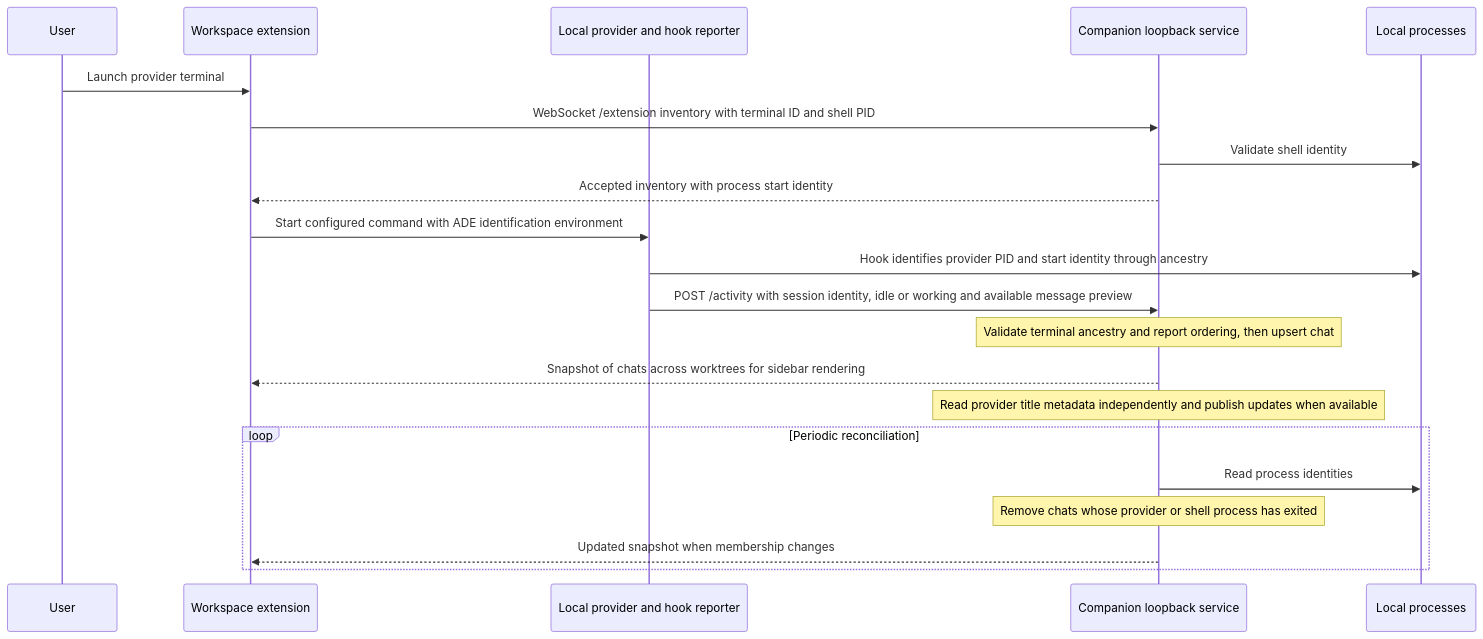
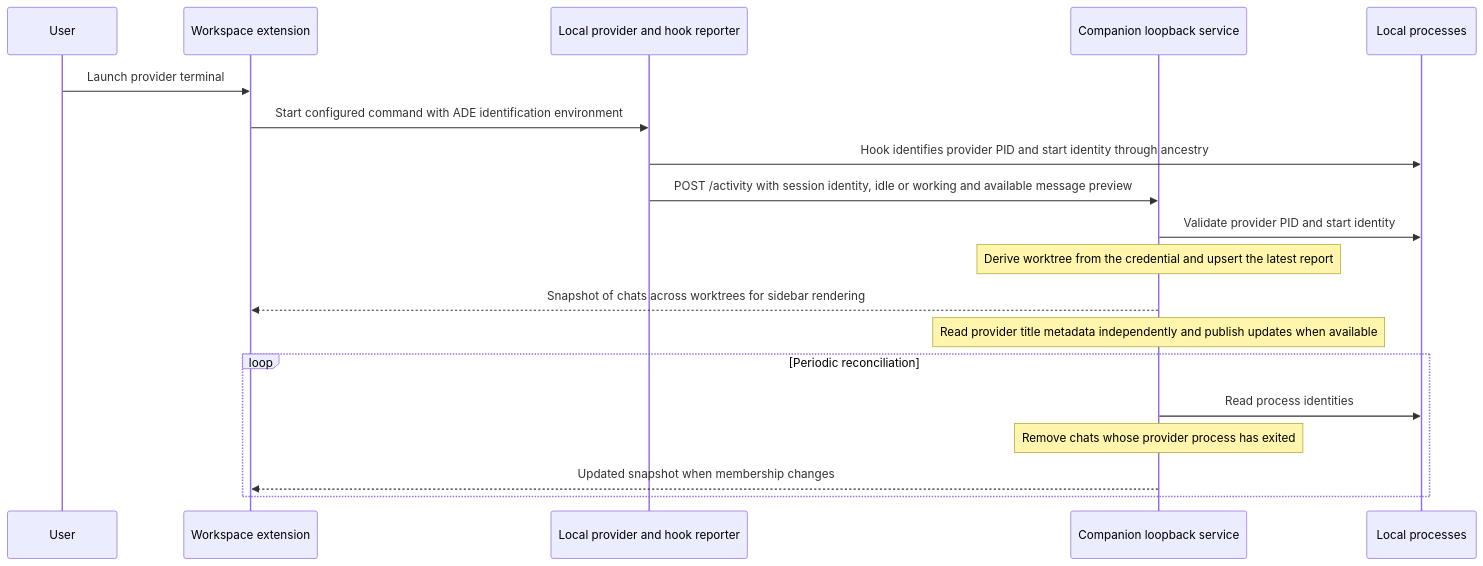
Before and after one commit to takeshibaconsuzuki/ade-overlay: the second of 14 diagrams in AGENTS.md, drawn with Mermaid. The commit also changed other lines of this file and 17 other files, not shown here.

First line of the commit message:
Remove terminal inventory waits from provider launches

````diff
--- a/AGENTS.md
+++ b/AGENTS.md
@@ -102,23 +105,21 @@
 ```mermaid
 sequenceDiagram
     participant User
     participant Extension as Workspace extension
     participant Provider as Local provider and hook reporter
     participant Server as Companion loopback service
     participant OS as Local processes
     User->>Extension: Launch provider terminal
-    Extension->>Server: WebSocket /extension inventory with terminal ID and shell PID
-    Server->>OS: Validate shell identity
-    Server-->>Extension: Accepted inventory with process start identity
     Extension->>Provider: Start configured command with ADE identification environment
     Provider->>OS: Hook identifies provider PID and start identity through ancestry
     Provider->>Server: POST /activity with session identity, idle or working and available message preview
-    Note over Server: Validate terminal ancestry and report ordering, then upsert chat
+    Server->>OS: Validate provider PID and start identity
+    Note over Server: Derive worktree from the credential and upsert the latest report
     Server-->>Extension: Snapshot of chats across worktrees for sidebar rendering
     Note over Server: Read provider title metadata independently and publish updates when available
     loop Periodic reconciliation
         Server->>OS: Read process identities
-        Note over Server: Remove chats whose provider or shell process has exited
+        Note over Server: Remove chats whose provider process has exited
         Server-->>Extension: Updated snapshot when membership changes
     end
 ```
````
